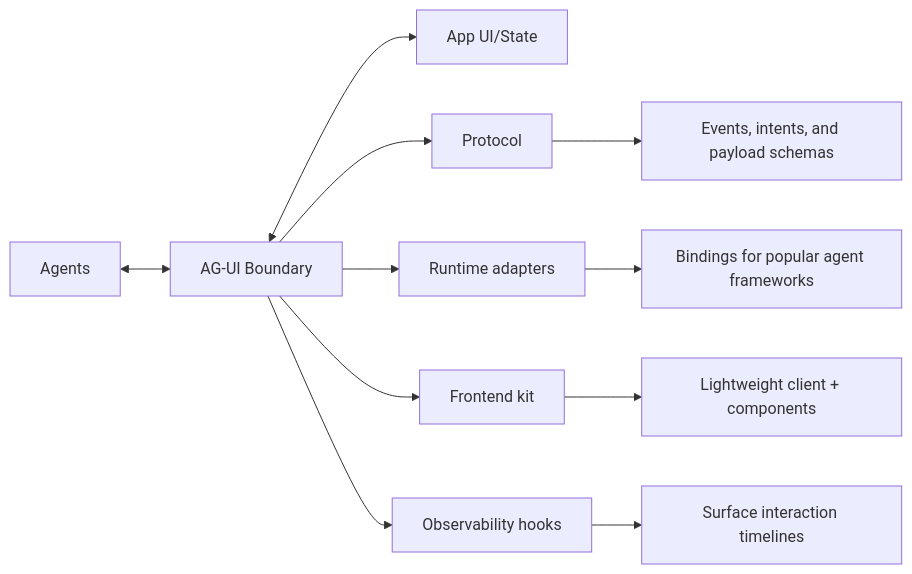
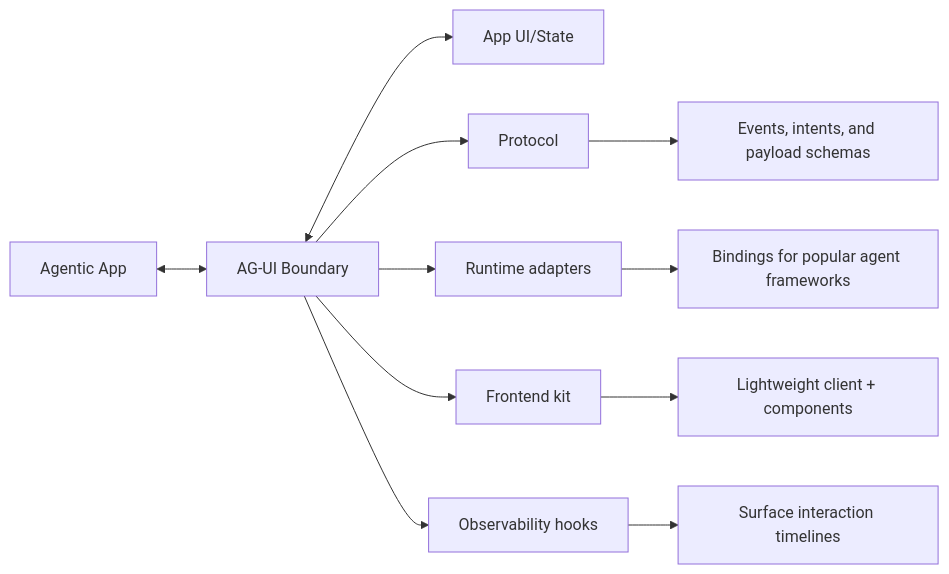
One commit to ag-ui-protocol/ag-ui changed the diagram in docs/overview.mdx. Above: the diagram before and after it, drawn with Mermaid. The commit also changed other lines of this file and 2 other files, not shown here.

Commit message:
added diagram.  removed non-framework icons.  made building blocks hover

````diff
--- a/docs/overview.mdx
+++ b/docs/overview.mdx
@@ -250,14 +305,14 @@
 ```mermaid
 graph LR
-    A[Agents] <--> B[AG‑UI Boundary] <--> C[App UI/State]
+    A[Agentic App] <--> B[AG‑UI Boundary] <--> C[App UI/State]
     
     B --> D[Protocol]
     B --> E[Runtime adapters]
     B --> F[Frontend kit]
     B --> G[Observability hooks]
     
     D --> H[Events, intents, and payload schemas]
     E --> I[Bindings for popular agent frameworks]
     F --> J[Lightweight client + components]
     G --> K[Surface interaction timelines]
 ```
````
